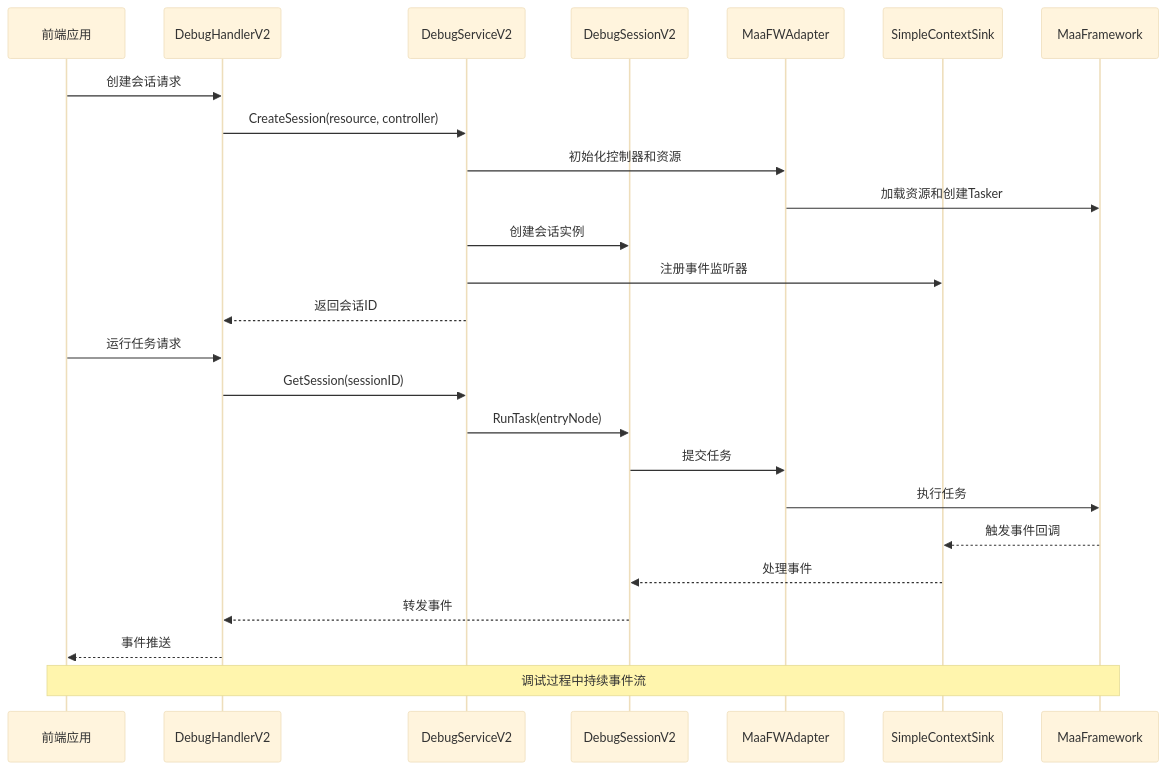
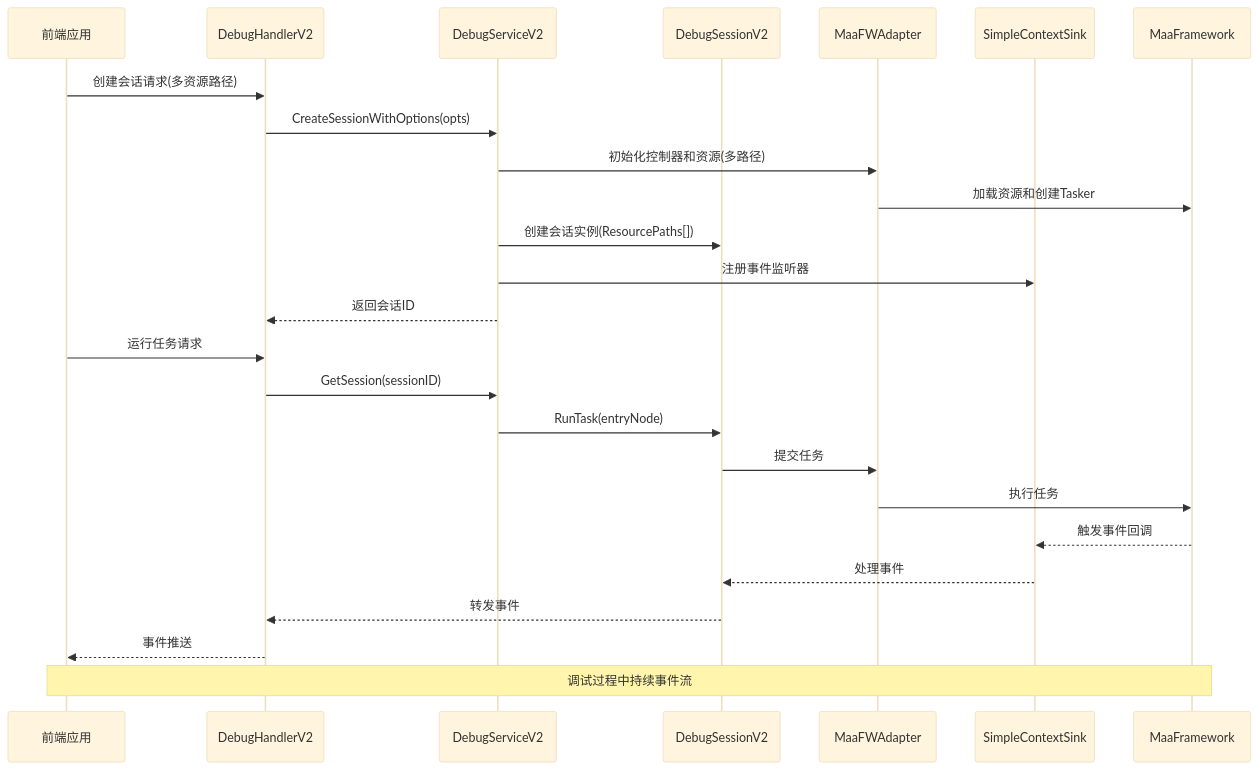
One commit to kqcoxn/MaaPipelineEditor changed the second of 7 diagrams in .qoder/repowiki/zh/content/核心概念/调试服务 V2.md. Above: the diagram before and after it, drawn with Mermaid (base theme). The commit also changed other lines of this file and 10 other files, not shown here.

````diff
--- a/.qoder/repowiki/zh/content/核心概念/调试服务 V2.md
+++ b/.qoder/repowiki/zh/content/核心概念/调试服务 V2.md
@@ -98,27 +105,27 @@
 ```mermaid
 sequenceDiagram
 participant Client as 前端应用
 participant Handler as DebugHandlerV2
 participant Service as DebugServiceV2
 participant Session as DebugSessionV2
 participant Adapter as MaaFWAdapter
 participant Sink as SimpleContextSink
 participant MFW as MaaFramework
-Client->>Handler : 创建会话请求
-Handler->>Service : CreateSession(resource, controller)
-Service->>Adapter : 初始化控制器和资源
+Client->>Handler : 创建会话请求(多资源路径)
+Handler->>Service : CreateSessionWithOptions(opts)
+Service->>Adapter : 初始化控制器和资源(多路径)
 Adapter->>MFW : 加载资源和创建Tasker
-Service->>Session : 创建会话实例
+Service->>Session : 创建会话实例(ResourcePaths[])
 Service->>Sink : 注册事件监听器
 Service-->>Handler : 返回会话ID
 Client->>Handler : 运行任务请求
 Handler->>Service : GetSession(sessionID)
 Service->>Session : RunTask(entryNode)
 Session->>Adapter : 提交任务
 Adapter->>MFW : 执行任务
 MFW-->>Sink : 触发事件回调
 Sink-->>Session : 处理事件
 Session-->>Handler : 转发事件
 Handler-->>Client : 事件推送
 Note over Client,MFW : 调试过程中持续事件流
 ```
````
